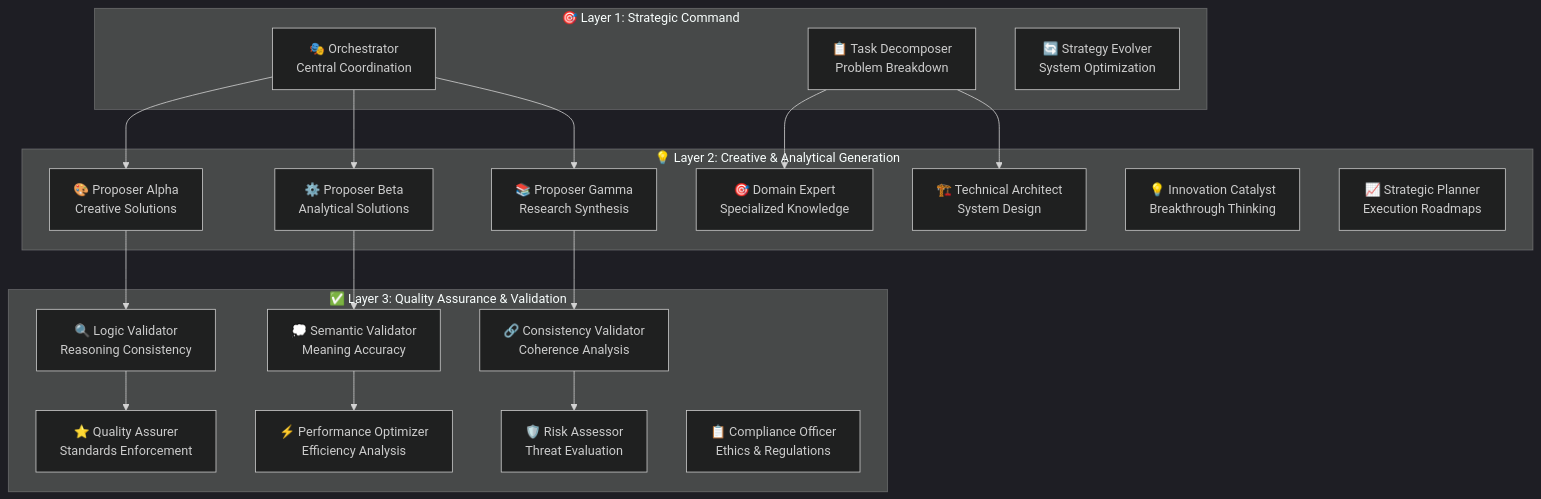
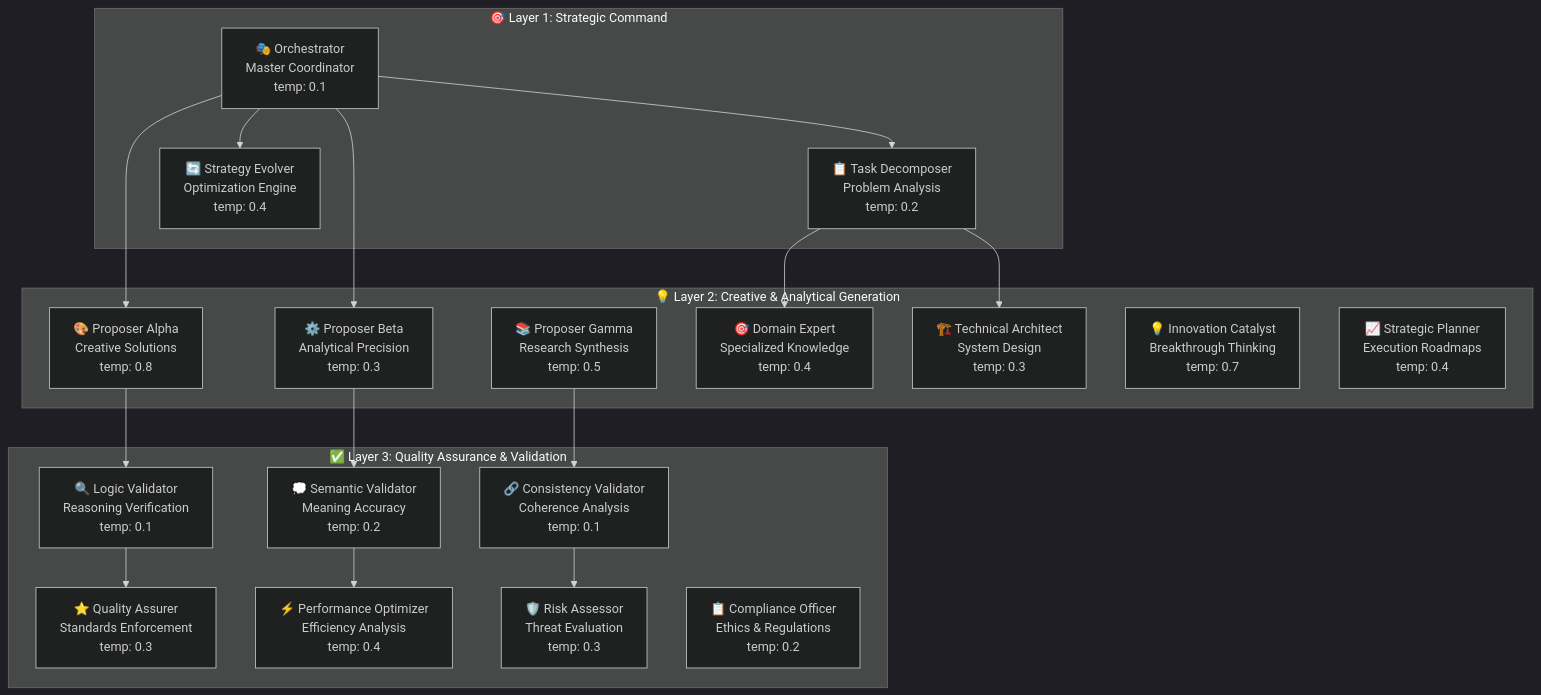
Before and after one commit to keef75/SEFAS-GPT5: the diagram in README.md, drawn with Mermaid (dark theme). The commit also changed other lines of this file, not shown here.

````diff
--- a/README.md
+++ b/README.md
@@ -76,40 +41,41 @@
 ```mermaid
 graph TB
     subgraph "🎯 Layer 1: Strategic Command"
-        O[🎭 Orchestrator<br/>Central Coordination]
-        TD[📋 Task Decomposer<br/>Problem Breakdown]
-        SE[🔄 Strategy Evolver<br/>System Optimization]
+        O[🎭 Orchestrator<br/>Master Coordinator<br/>temp: 0.1]
+        TD[📋 Task Decomposer<br/>Problem Analysis<br/>temp: 0.2]
+        SE[🔄 Strategy Evolver<br/>Optimization Engine<br/>temp: 0.4]
     end
     
     subgraph "💡 Layer 2: Creative & Analytical Generation"
-        PA[🎨 Proposer Alpha<br/>Creative Solutions]
-        PB[⚙️ Proposer Beta<br/>Analytical Solutions]
-        PG[📚 Proposer Gamma<br/>Research Synthesis]
-        DE[🎯 Domain Expert<br/>Specialized Knowledge]
-        TA[🏗️ Technical Architect<br/>System Design]
-        IC[💡 Innovation Catalyst<br/>Breakthrough Thinking]
-        SP[📈 Strategic Planner<br/>Execution Roadmaps]
+        PA[🎨 Proposer Alpha<br/>Creative Solutions<br/>temp: 0.8]
+        PB[⚙️ Proposer Beta<br/>Analytical Precision<br/>temp: 0.3]
+        PG[📚 Proposer Gamma<br/>Research Synthesis<br/>temp: 0.5]
+        DE[🎯 Domain Expert<br/>Specialized Knowledge<br/>temp: 0.4]
+        TA[🏗️ Technical Architect<br/>System Design<br/>temp: 0.3]
+        IC[💡 Innovation Catalyst<br/>Breakthrough Thinking<br/>temp: 0.7]
+        SP[📈 Strategic Planner<br/>Execution Roadmaps<br/>temp: 0.4]
     end
     
     subgraph "✅ Layer 3: Quality Assurance & Validation"
-        CL[🔍 Logic Validator<br/>Reasoning Consistency]
-        CS[💭 Semantic Validator<br/>Meaning Accuracy]
-        CC[🔗 Consistency Validator<br/>Coherence Analysis]
-        QA[⭐ Quality Assurer<br/>Standards Enforcement]
-        PO[⚡ Performance Optimizer<br/>Efficiency Analysis]
-        RA[🛡️ Risk Assessor<br/>Threat Evaluation]
-        CO[📋 Compliance Officer<br/>Ethics & Regulations]
+        CL[🔍 Logic Validator<br/>Reasoning Verification<br/>temp: 0.1]
+        CS[💭 Semantic Validator<br/>Meaning Accuracy<br/>temp: 0.2]
+        CC[🔗 Consistency Validator<br/>Coherence Analysis<br/>temp: 0.1]
+        QA[⭐ Quality Assurer<br/>Standards Enforcement<br/>temp: 0.3]
+        PO[⚡ Performance Optimizer<br/>Efficiency Analysis<br/>temp: 0.4]
+        RA[🛡️ Risk Assessor<br/>Threat Evaluation<br/>temp: 0.3]
+        CO[📋 Compliance Officer<br/>Ethics & Regulations<br/>temp: 0.2]
     end
     
+    O --> TD
+    O --> SE
     O --> PA
     O --> PB
-    O --> PG
     TD --> DE
     TD --> TA
     PA --> CL
     PB --> CS
     PG --> CC
     CL --> QA
     CS --> PO
     CC --> RA
 ```
````
